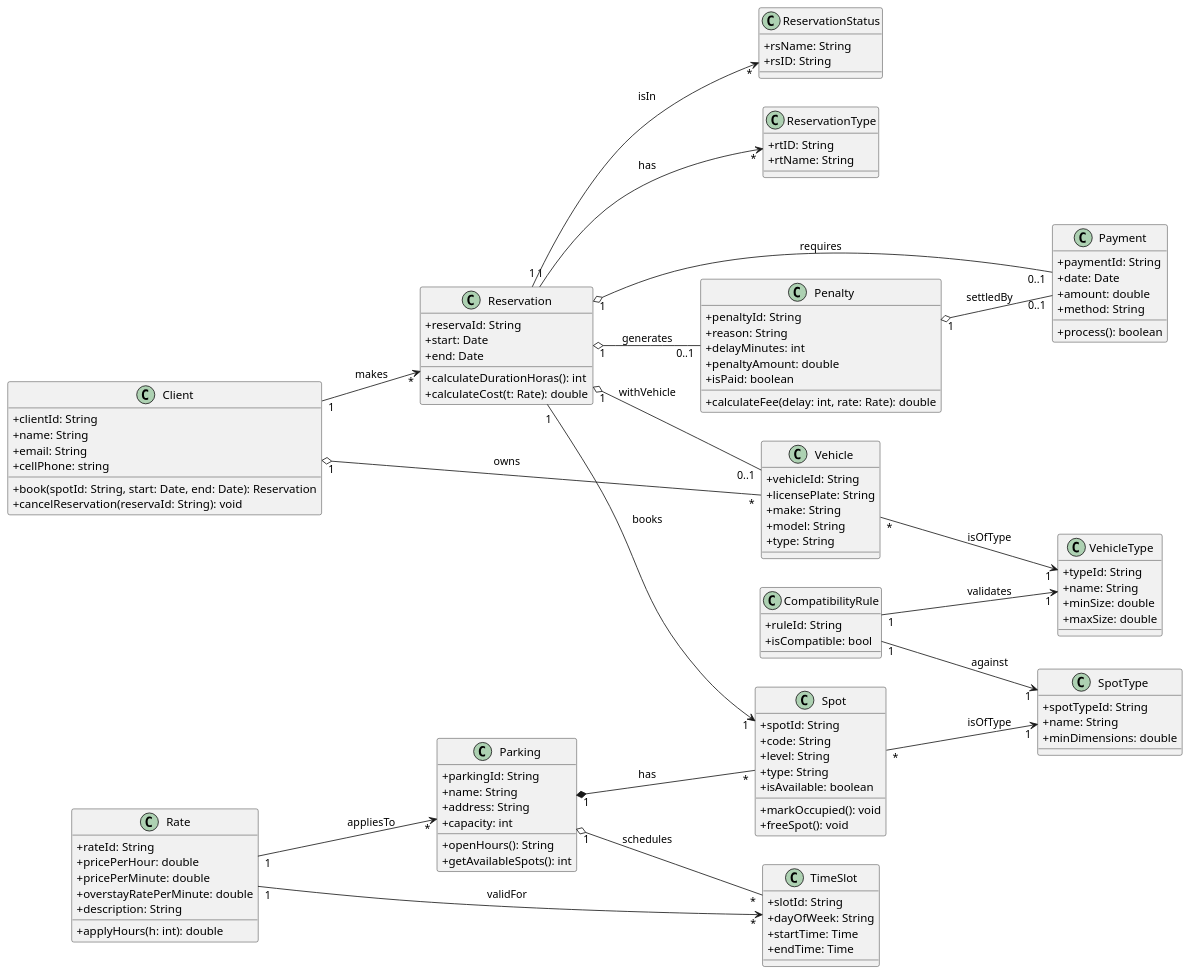
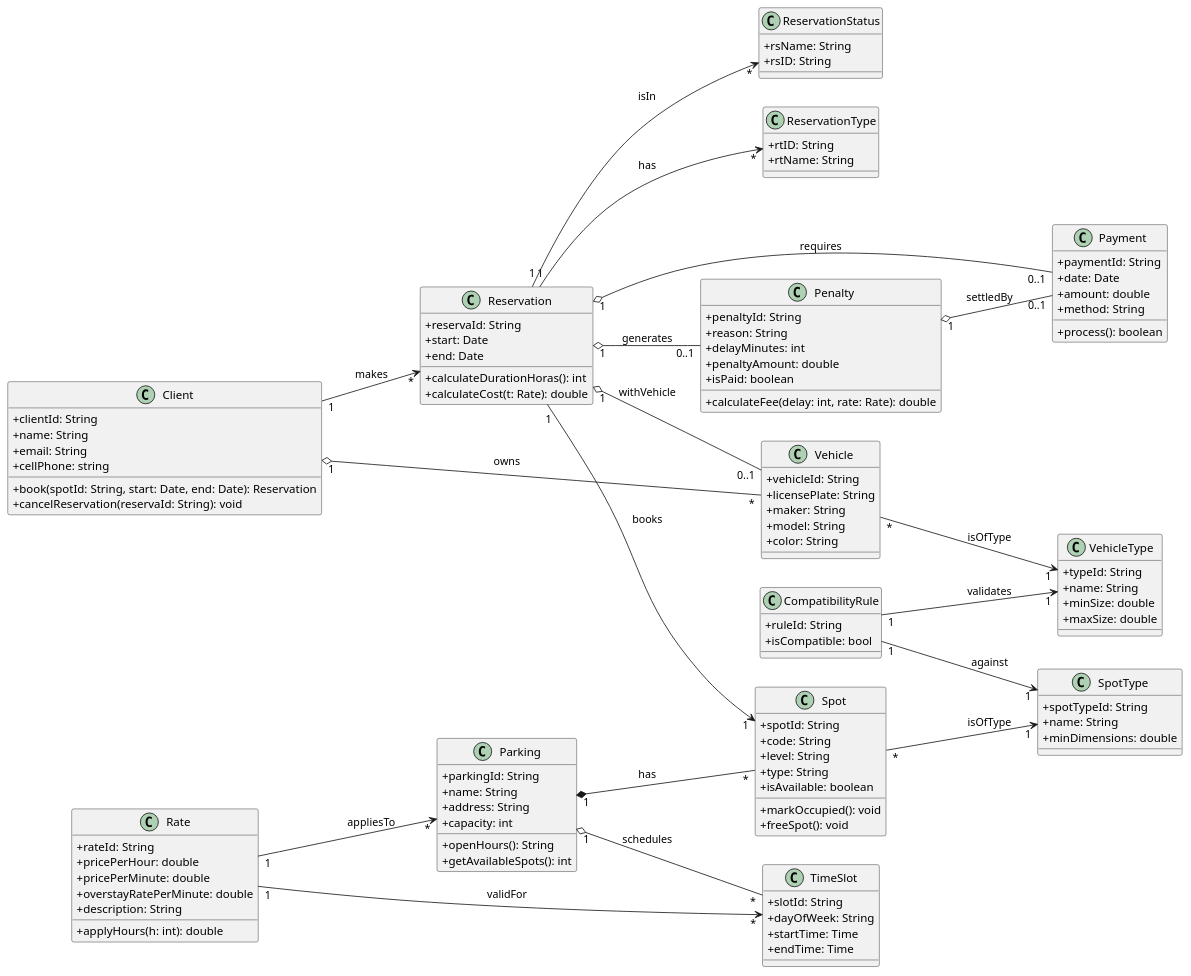
One commit to AlejoCarobolante/sistema-de-parking-go changed the diagram in puml.puml. Above: the diagram before and after it, drawn with PlantUML. The commit also changed 6 other files, not shown here.

```diff
--- a/puml.puml
+++ b/puml.puml
@@ -1,144 +1,144 @@
 @startuml
 ' Class Diagram - Parking Reservation System (Unidirectional Focus)
 skinparam classAttributeIconSize 0
 left to right direction
 
 class Client {
   + clientId: String
   + name: String
   + email: String
   + cellPhone: string
   + book(spotId: String, start: Date, end: Date): Reservation
   + cancelReservation(reservaId: String): void
 }
 
 class Vehicle {
   + vehicleId: String
   + licensePlate: String
-  + make: String
+  + maker: String
   + model: String
-  + type: String
+  + color: String
 }
 
 class Parking {
   + parkingId: String
   + name: String
   + address: String
   + capacity: int
   + openHours(): String
   + getAvailableSpots(): int
 }
 
 class Spot {
   + spotId: String
   + code: String
   + level: String
   + type: String
   + isAvailable: boolean
   + markOccupied(): void
   + freeSpot(): void
 }
 
 class Reservation {
   + reservaId: String
   + start: Date
   + end: Date
   + calculateDurationHoras(): int
   + calculateCost(t: Rate): double
 }
 
 class ReservationStatus {
   + rsName: String
   + rsID: String
 }
 
 class ReservationType {
   + rtID: String
   + rtName: String
 }
 
 class Rate {
   + rateId: String
   + pricePerHour: double
   + pricePerMinute: double
   + overstayRatePerMinute: double
   + description: String
   + applyHours(h: int): double
 }
 
 class Payment {
   + paymentId: String
   + date: Date
   + amount: double
   + method: String
   + process(): boolean
 }
 
 class TimeSlot {
   + slotId: String
   + dayOfWeek: String
   + startTime: Time
   + endTime: Time
 }
 
 class VehicleType {
   + typeId: String
   + name: String
   + minSize: double
   + maxSize: double
 }
 
 class SpotType {
   + spotTypeId: String
   + name: String
   + minDimensions: double
 }
 
 class CompatibilityRule {
   + ruleId: String
   + isCompatible: bool
 }
 
 class Penalty {
   + penaltyId: String
   + reason: String
   + delayMinutes: int
   + penaltyAmount: double
   + isPaid: boolean
   + calculateFee(delay: int, rate: Rate): double
 }
 
 ' Relaciones Unidireccionales
 ' Relaciones de Reserva
 Reservation"1" --> "*" ReservationType: has
 Reservation "1" --> "*" ReservationStatus : isIn
 
 ' Composición: Parking contiene Spots
 Parking "1" *-- "*" Spot : has
 
 ' Configuración de Parking
 Parking "1" o-- "*" TimeSlot : schedules
 
 ' Relaciones del Cliente y Vehículo
 Client "1" o-- "*" Vehicle : owns
 Client "1" --> "*" Reservation : makes
 
 ' Relaciones de Tipos y Reglas (para validación)
 Vehicle "*" --> "1" VehicleType : isOfType
 Spot "*" --> "1" SpotType : isOfType
 CompatibilityRule "1" --> "1" VehicleType : validates
 CompatibilityRule "1" --> "1" SpotType : against
 
 ' Tarifas
 Rate "1" --> "*" Parking : appliesTo
 Rate "1" --> "*" TimeSlot : validFor
 
 ' Flujo Transaccional (Reservation es el centro)
 Reservation "1" --> "1" Spot : books
 Reservation "1" o-- "0..1" Vehicle : withVehicle
 Reservation "1" o-- "0..1" Payment : requires
 Reservation "1" o-- "0..1" Penalty : generates
 
 ' Pago de la Multa
 Penalty "1" o-- "0..1" Payment : settledBy
 @enduml
```
